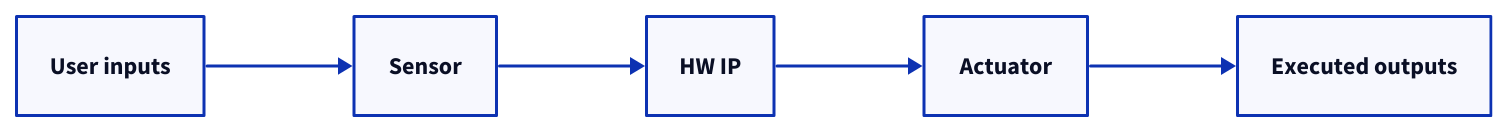
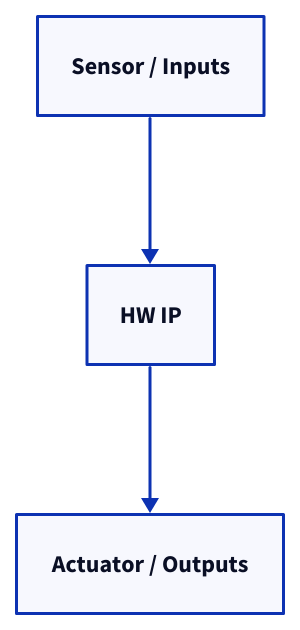
The fifth of 17 diagrams in topics/virtualization/docs/01a_system_architecture_evolution.md (humbleowl39/DV_SKOOL), drawn with D2 before and after one commit. The commit also changed other lines of this file and 90 other files, not shown here.

First line of the commit message:
docs: 전 토픽 다이어그램 정비 — ASCII→D2, mermaid→D2, 과대 D2 가시성 수정

````diff
--- a/topics/virtualization/docs/01a_system_architecture_evolution.md
+++ b/topics/virtualization/docs/01a_system_architecture_evolution.md
@@ -228,13 +223,9 @@
 ```d2
-direction: right
+direction: down
 
-UI: "User inputs"
-S: "Sensor"
+IN: "Sensor / Inputs"
 IP: "HW IP"
-A: "Actuator"
-O: "Executed outputs"
-UI -> S
-S -> IP
-IP -> A
-A -> O
+OUT: "Actuator / Outputs"
+IN -> IP
+IP -> OUT
 ```
````
